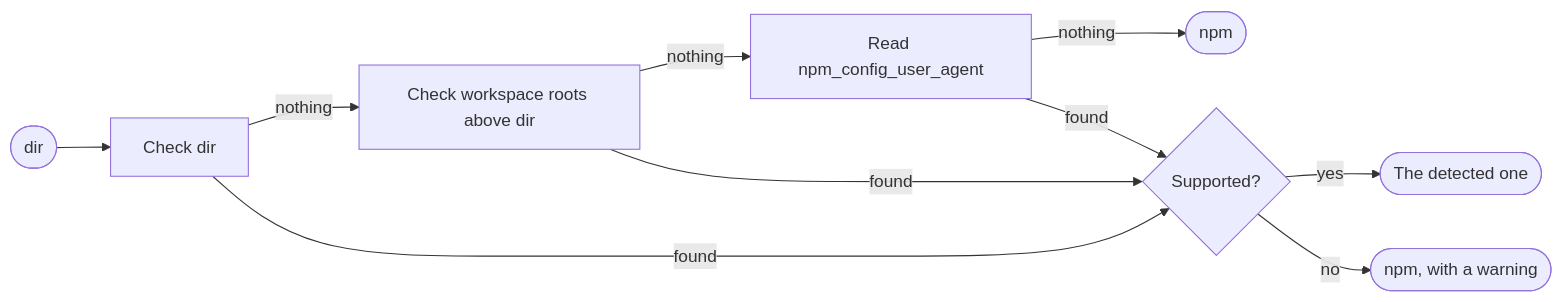
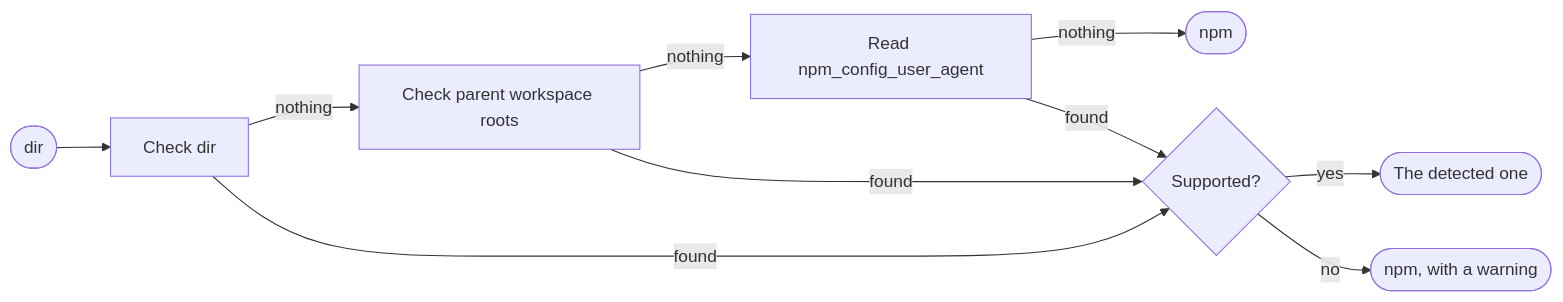
Before and after one commit to wasp-lang/wasp: the first of 2 diagrams in waspc/src/Wasp/PackageManager/README.md, drawn with Mermaid. The commit also changed other lines of this file and 6 other files, not shown here.

````diff
--- a/waspc/src/Wasp/PackageManager/README.md
+++ b/waspc/src/Wasp/PackageManager/README.md
@@ -21,12 +21,12 @@
 ```mermaid
 flowchart LR
   start(["dir"]) --> checkStart["Check dir"]
-  checkStart -->|nothing| workspaceRoots["Check workspace roots above dir"]
+  checkStart -->|nothing| workspaceRoots["Check parent workspace roots"]
   workspaceRoots -->|nothing| userAgent["Read npm_config_user_agent"]
   userAgent -->|nothing| npm(["npm"])
   checkStart -->|found| isSupported{"Supported?"}
   workspaceRoots -->|found| isSupported
   userAgent -->|found| isSupported
   isSupported -->|yes| detected(["The detected one"])
   isSupported -->|no| npmWithWarning(["npm, with a warning"])
 ```
````
